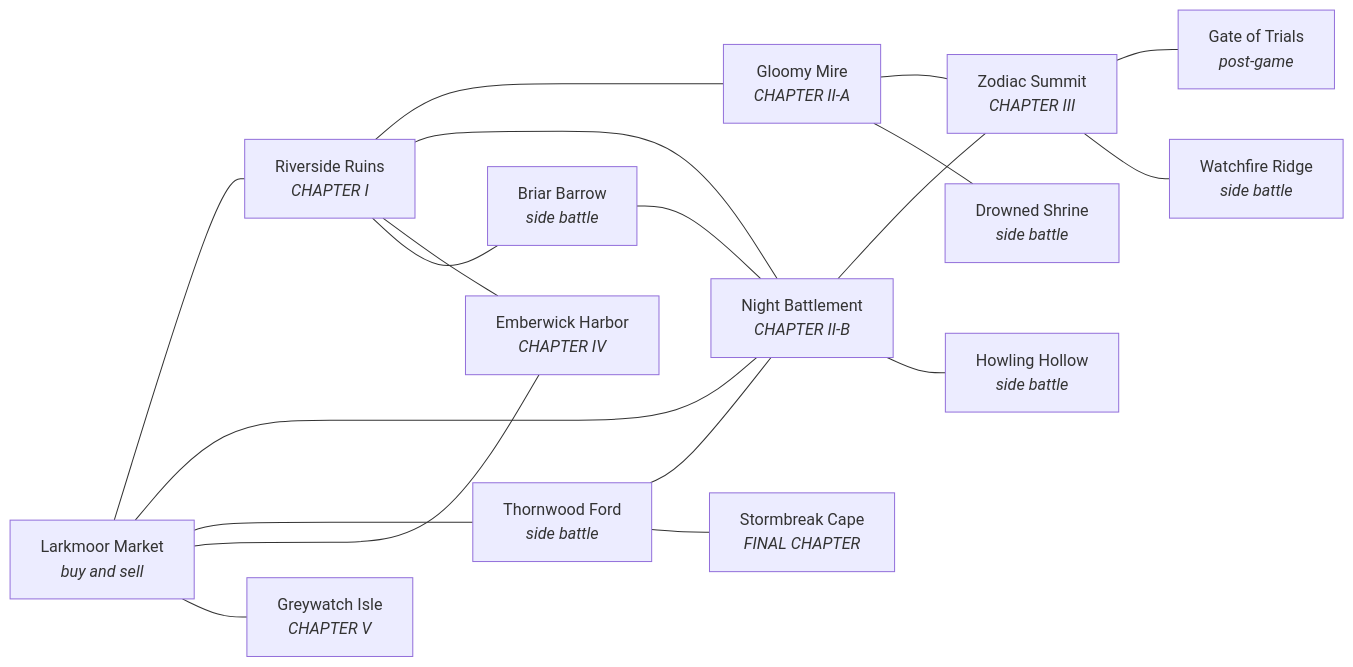
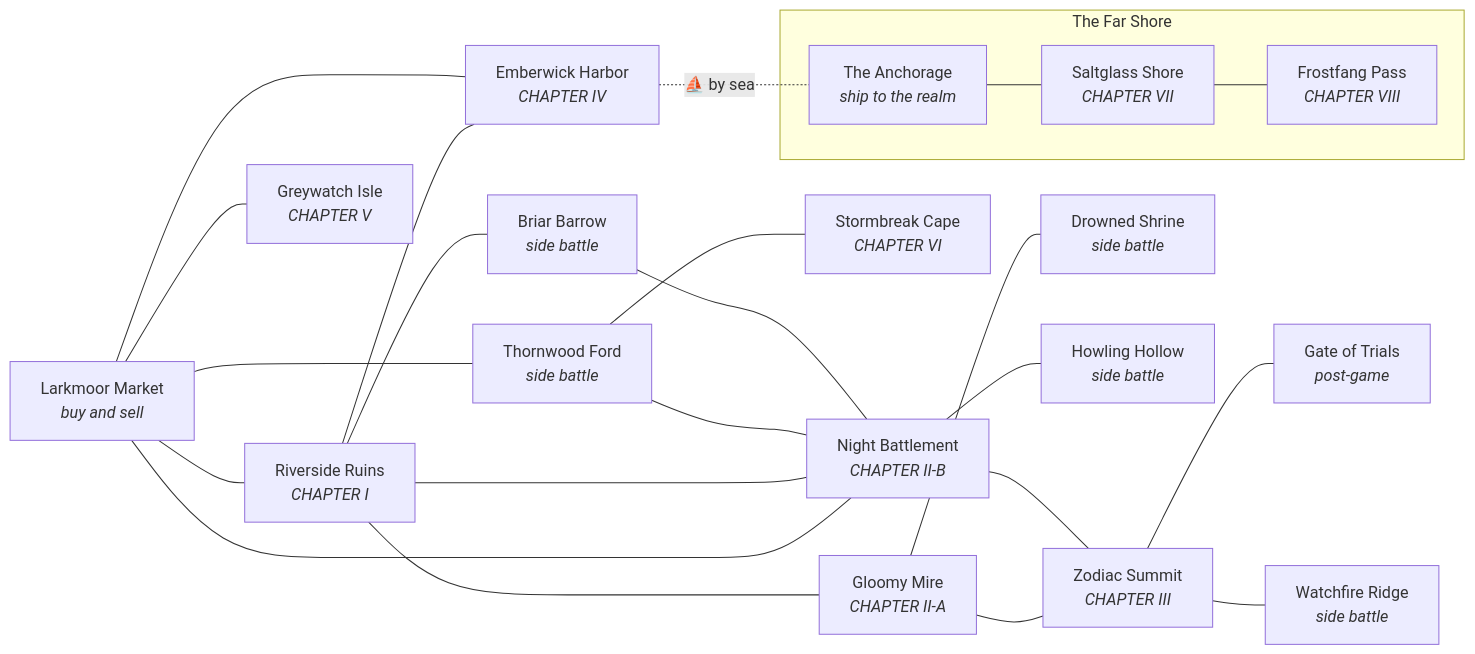
Before and after one commit to CptNope/Chess-RPG-Tactics: the third of 4 diagrams in docs/CONTENT_REFERENCE.md, drawn with Mermaid. The commit also changed other lines of this file and 40 other files, not shown here.

First line of the commit message:
0.34.0: Act III begins — sail to the Far Shore

````diff
--- a/docs/CONTENT_REFERENCE.md
+++ b/docs/CONTENT_REFERENCE.md
@@ -653,35 +657,43 @@
 ```mermaid
 flowchart LR
   market["Larkmoor Market<br/><i>buy and sell</i>"]
   ruins["Riverside Ruins<br/><i>CHAPTER I</i>"]
   mire["Gloomy Mire<br/><i>CHAPTER II-A</i>"]
   battlement["Night Battlement<br/><i>CHAPTER II-B</i>"]
   summit["Zodiac Summit<br/><i>CHAPTER III</i>"]
   trials["Gate of Trials<br/><i>post-game</i>"]
   harbor["Emberwick Harbor<br/><i>CHAPTER IV</i>"]
   isle["Greywatch Isle<br/><i>CHAPTER V</i>"]
-  cape["Stormbreak Cape<br/><i>FINAL CHAPTER</i>"]
+  cape["Stormbreak Cape<br/><i>CHAPTER VI</i>"]
   thornwood["Thornwood Ford<br/><i>side battle</i>"]
   shrine["Drowned Shrine<br/><i>side battle</i>"]
   ridge["Watchfire Ridge<br/><i>side battle</i>"]
   hollow["Howling Hollow<br/><i>side battle</i>"]
   barrow["Briar Barrow<br/><i>side battle</i>"]
+  subgraph far_shore["The Far Shore"]
+    anchorage["The Anchorage<br/><i>ship to the realm</i>"]
+    saltglass["Saltglass Shore<br/><i>CHAPTER VII</i>"]
+    frostfang["Frostfang Pass<br/><i>CHAPTER VIII</i>"]
+  end
   market --- ruins
   market --- battlement
   ruins --- mire
   ruins --- battlement
   mire --- summit
   battlement --- summit
   summit --- trials
   market --- thornwood
   thornwood --- battlement
   mire --- shrine
   summit --- ridge
   ruins --- harbor
   market --- harbor
   market --- isle
   thornwood --- cape
   battlement --- hollow
   ruins --- barrow
   barrow --- battlement
+  anchorage --- saltglass
+  saltglass --- frostfang
+  harbor -. "⛵ by sea" .- anchorage
 ```
````
